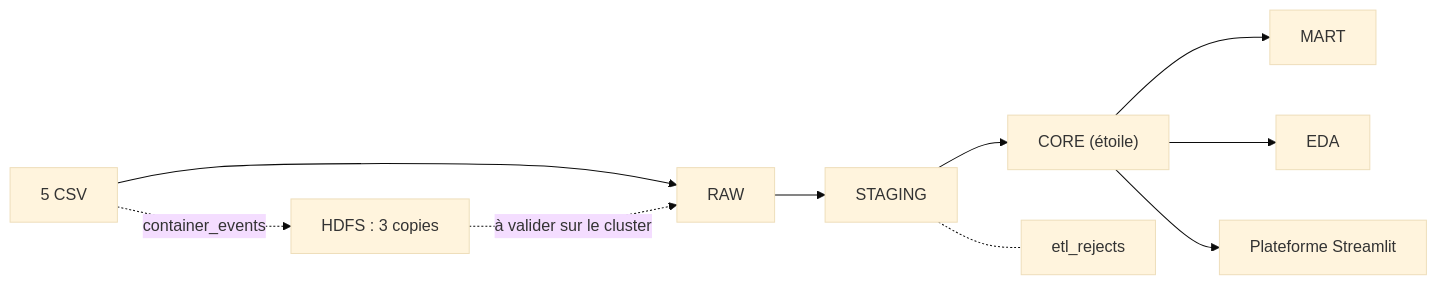
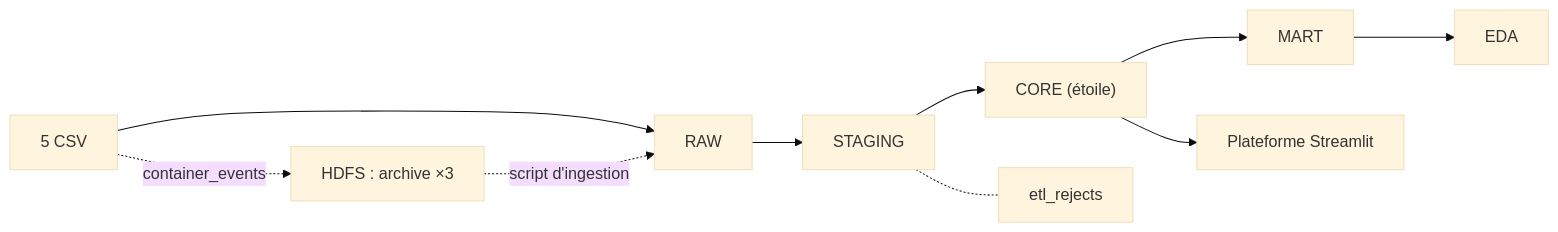
The diagram in README.md (madina-ali09/SmartPort_container_operation), drawn with Mermaid (base theme) before and after one commit. The commit also changed other lines of this file, not shown here.

````diff
--- a/README.md
+++ b/README.md
@@ -39,9 +9,8 @@
 ```mermaid
 flowchart LR
-  CSV["5 CSV"] --> RAW --> STG["STAGING"] --> CORE["CORE (étoile)"] --> MART
-  CORE --> EDA["EDA"]
+  CSV["5 CSV"] --> RAW --> STG["STAGING"] --> CORE["CORE (étoile)"] --> MART --> EDA["EDA"]
   CORE --> APP["Plateforme Streamlit"]
   STG -.- REJ["etl_rejects"]
-  CSV -. container_events .-> HDFS["HDFS : 3 copies"]
-  HDFS -. "à valider sur le cluster" .-> RAW
+  CSV -. container_events .-> HDFS["HDFS : archive ×3"]
+  HDFS -. "script d'ingestion" .-> RAW
 ```
````
